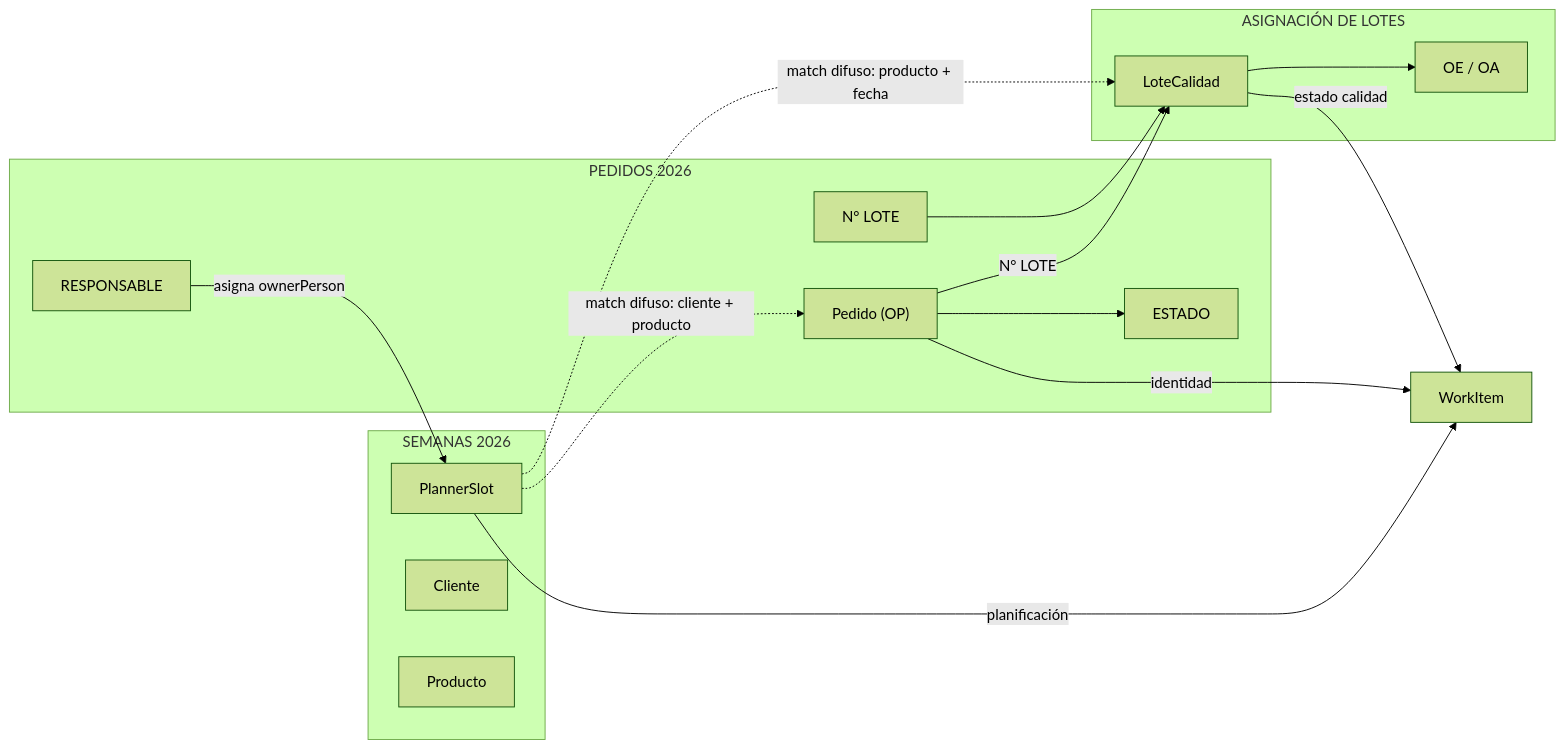
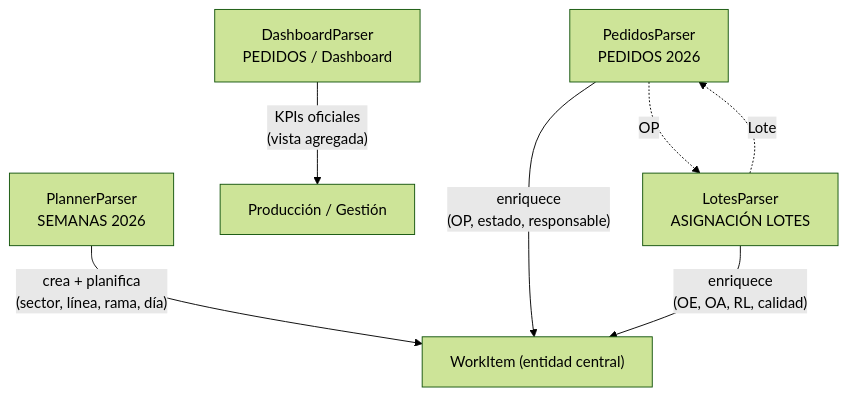
Before and after one commit to SANTIAGOZUNICH/APLICACION-GENUS: the diagram in docss/30-analisis-parser-laboratorio.md, drawn with Mermaid (forest theme). The commit also changed other lines of this file, not shown here.

First line of the commit message:
docs: actualizar spec del parser con correcciones conceptuales v2

````diff
--- a/docss/30-analisis-parser-laboratorio.md
+++ b/docss/30-analisis-parser-laboratorio.md
@@ -346,33 +429,17 @@
 ```mermaid
-flowchart LR
-  subgraph PEDIDOS["PEDIDOS 2026"]
-    OP["Pedido (OP)"]
-    LOTP["N° LOTE"]
-    RESP["RESPONSABLE"]
-    EST["ESTADO"]
-  end
+flowchart TB
+  WI["WorkItem (entidad central)"]
 
-  subgraph SEMANAS["SEMANAS 2026"]
-    SLOT["PlannerSlot"]
-    CLI["Cliente"]
-    PROD["Producto"]
-  end
+  PP["PlannerParser\nSEMANAS 2026"]
+  PedP["PedidosParser\nPEDIDOS 2026"]
+  LP["LotesParser\nASIGNACIÓN LOTES"]
+  DP["DashboardParser\nPEDIDOS / Dashboard"]
 
-  subgraph LOTES["ASIGNACIÓN DE LOTES"]
-    LOTE["LoteCalidad"]
-    OE["OE / OA"]
-  end
+  PP -->|"crea + planifica\n(sector, línea, rama, día)"| WI
+  PedP -->|"enriquece\n(OP, estado, responsable)"| WI
+  LP -->|"enriquece\n(OE, OA, RL, calidad)"| WI
+  DP -->|"KPIs oficiales\n(vista agregada)"| PROD["Producción / Gestión"]
 
-  OP -->|"N° LOTE"| LOTE
-  LOTP --> LOTE
-  LOTE --> OE
-
-  SLOT -.->|"match difuso: cliente + producto"| OP
-  SLOT -.->|"match difuso: producto + fecha"| LOTE
-  RESP -->|"asigna ownerPerson"| SLOT
-
-  OP --> EST
-  LOTE -->|"estado calidad"| WI["WorkItem"]
-  SLOT -->|"planificación"| WI
-  OP -->|"identidad"| WI
+  PedP -.->|"OP"| LP
+  LP -.->|"Lote"| PedP
 ```
````
